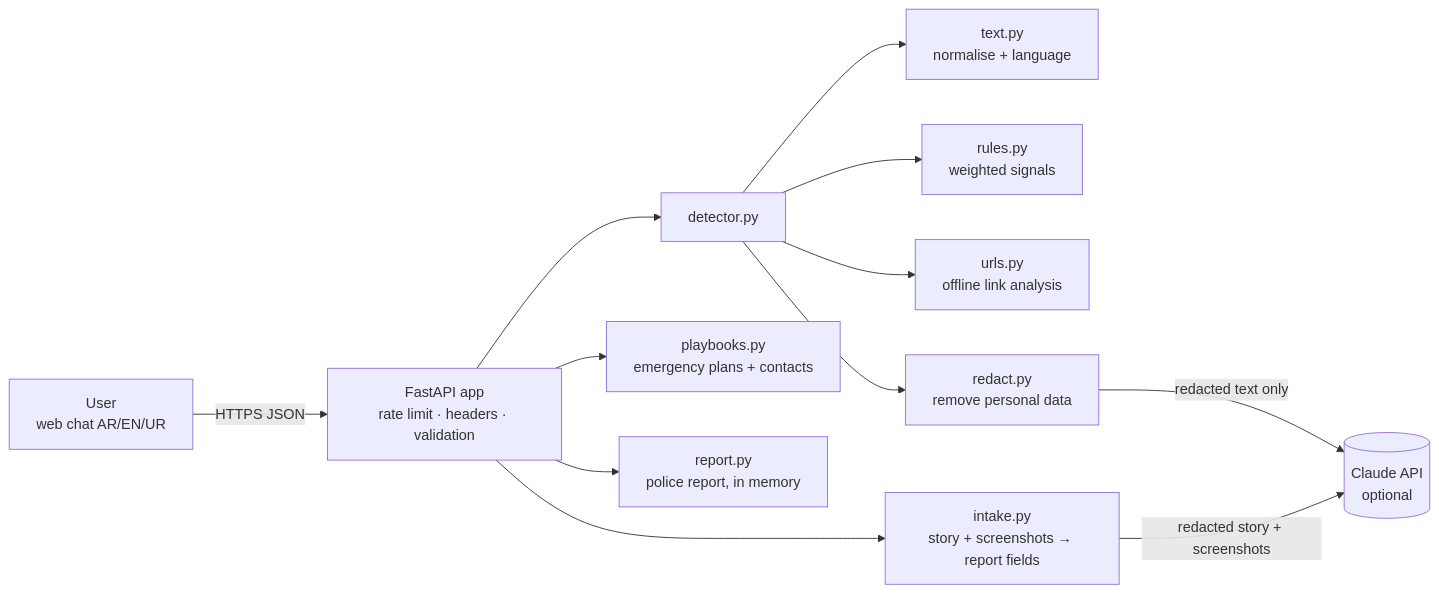
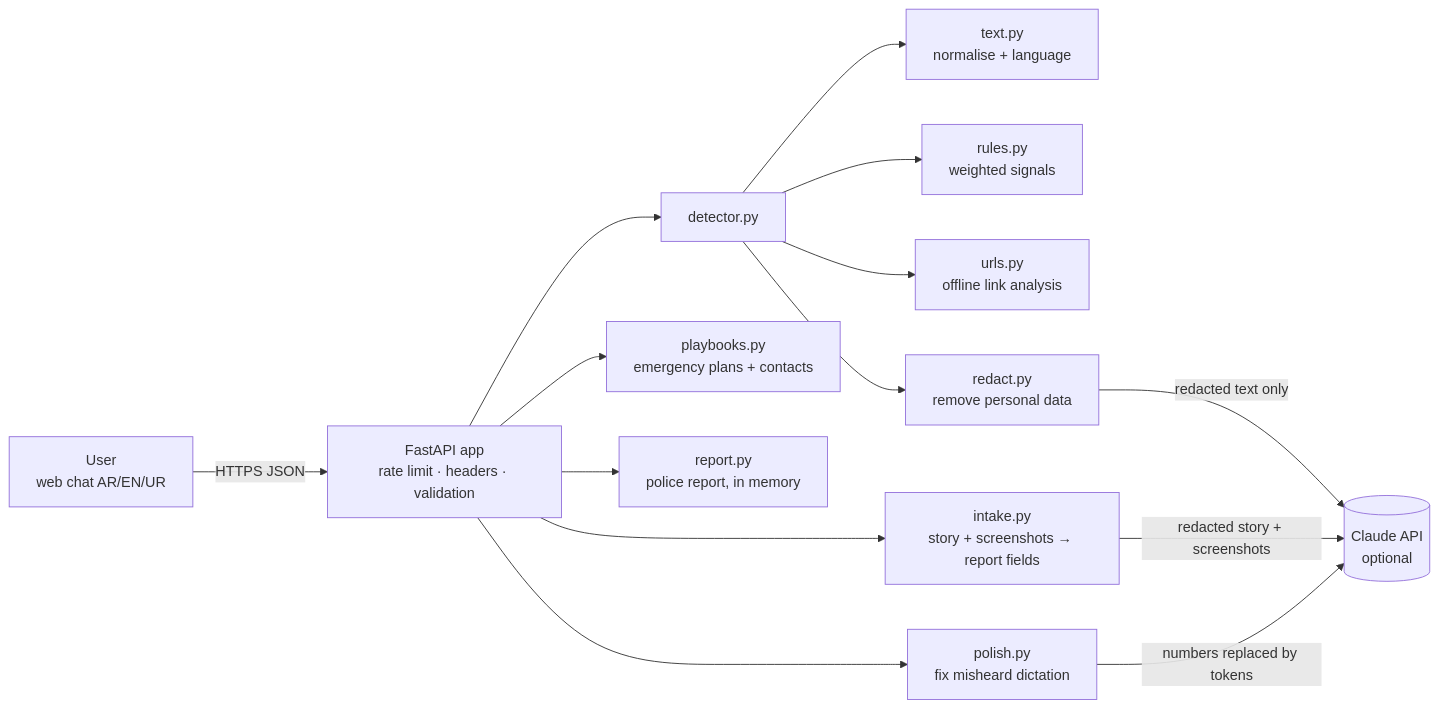
One commit to mohamedtorky2022/Haris changed the diagram in docs/TECHNICAL.md. Above: the diagram before and after it, drawn with Mermaid. The commit also changed other lines of this file and 8 other files, not shown here.

First line of the commit message:
Pick your dialect and fix misheard dictation before sending

````diff
--- a/docs/TECHNICAL.md
+++ b/docs/TECHNICAL.md
@@ -7,14 +7,16 @@
 ```mermaid
 flowchart LR
     U[User<br/>web chat AR/EN/UR] -->|HTTPS JSON| API[FastAPI app<br/>rate limit · headers · validation]
     API --> D[detector.py]
     D --> N[text.py<br/>normalise + language]
     D --> R[rules.py<br/>weighted signals]
     D --> L[urls.py<br/>offline link analysis]
     D --> X[redact.py<br/>remove personal data]
     X -->|redacted text only| C[(Claude API<br/>optional)]
     API --> I[intake.py<br/>story + screenshots → report fields]
     I -->|redacted story + screenshots| C
+    API --> PO[polish.py<br/>fix misheard dictation]
+    PO -->|numbers replaced by tokens| C
     API --> P[playbooks.py<br/>emergency plans + contacts]
     API --> RP[report.py<br/>police report, in memory]
 ```
````
